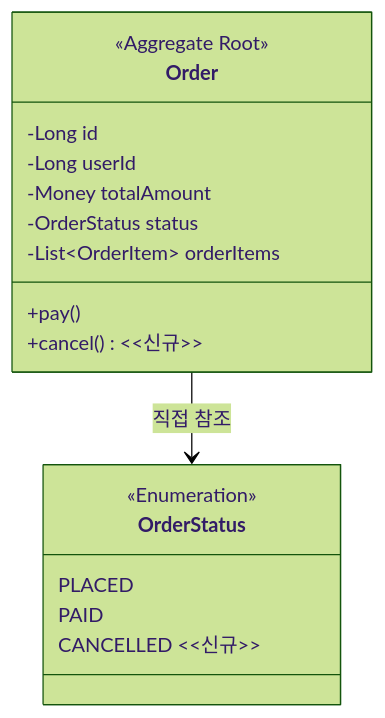
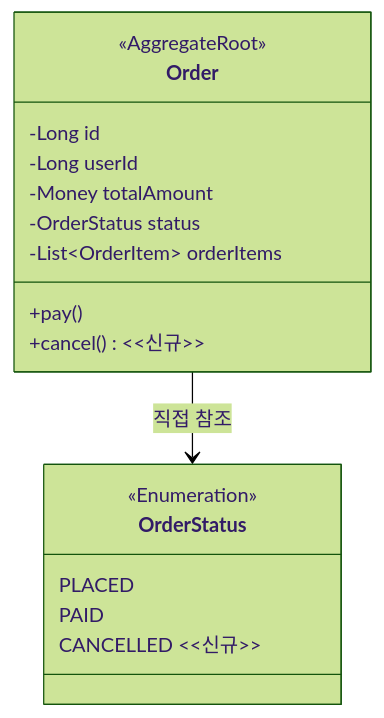
The fourth of 7 diagrams in docs/week6/도메인_모델링_문서_PG연동.md (Loopers-dev-lab/loopers-spring-kotlin-template), drawn with Mermaid (forest theme) before and after one commit. The commit also changed other lines of this file and 1 other file, not shown here.

````diff
--- a/docs/week6/도메인_모델링_문서_PG연동.md
+++ b/docs/week6/도메인_모델링_문서_PG연동.md
@@ -272,22 +301,22 @@
 ```mermaid
 classDiagram
     class Order {
-        <<Aggregate Root>>
-        -Long id
-        -Long userId
-        -Money totalAmount
-        -OrderStatus status
-        -List~OrderItem~ orderItems
-        +pay()
-        +cancel() <<신규>>
-    }
+<<AggregateRoot>>
+-Long id
+-Long userId
+-Money totalAmount
+-OrderStatus status
+-List~OrderItem~ orderItems
++pay()
++cancel() <<신규>>
+}
 
-    class OrderStatus {
-        <<Enumeration>>
-        PLACED
-        PAID
-        CANCELLED <<신규>>
-    }
+class OrderStatus {
+<<Enumeration>>
+PLACED
+PAID
+CANCELLED <<신규>>
+}
 
-    Order --> OrderStatus : 직접 참조
+Order --> OrderStatus: 직접 참조
 ```
````
